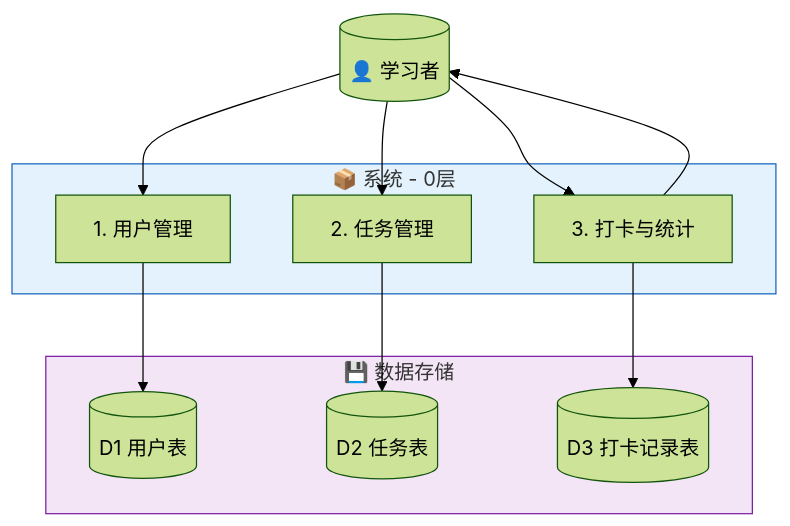
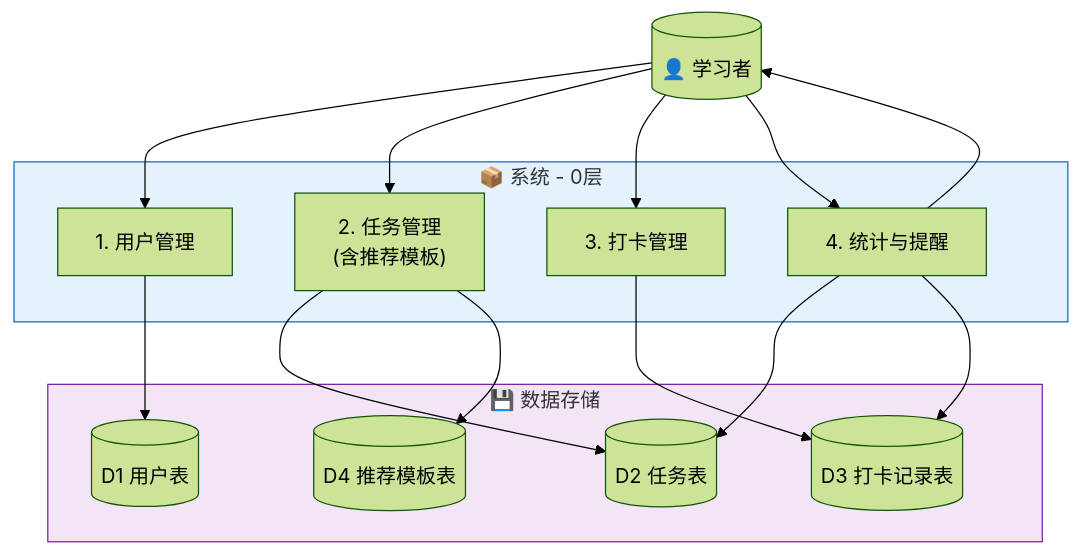
One commit to TonyzzZ666/Study-Agent changed the fourth of 7 diagrams in 需求报告.md. Above: the diagram before and after it, drawn with Mermaid (forest theme). The commit also changed other lines of this file and 1 other file, not shown here.

Commit message:
v3.2: 加回全部功能点（推荐/提醒/日历/图表），用最简单方式实现

````diff
--- a/需求报告.md
+++ b/需求报告.md
@@ -106,24 +115,30 @@
 ```mermaid
 flowchart TD
     User[("👤 学习者")]
     subgraph System["📦 系统 - 0层"]
         P1["1. 用户管理"]
-        P2["2. 任务管理"]
-        P3["3. 打卡与统计"]
+        P2["2. 任务管理<br/>(含推荐模板)"]
+        P3["3. 打卡管理"]
+        P4["4. 统计与提醒"]
     end
     subgraph Storage["💾 数据存储"]
         D1[("D1 用户表")]
         D2[("D2 任务表")]
         D3[("D3 打卡记录表")]
+        D4[("D4 推荐模板表")]
     end
     User --> P1
     User --> P2
     User --> P3
+    User --> P4
     P1 --> D1
     P2 --> D2
+    P2 --> D4
     P3 --> D3
-    P3 --> User
+    P4 --> D2
+    P4 --> D3
+    P4 --> User
 
     style System fill:#e3f2fd,stroke:#1565c0
     style Storage fill:#f3e5f5,stroke:#7b1fa2
 ```
````
